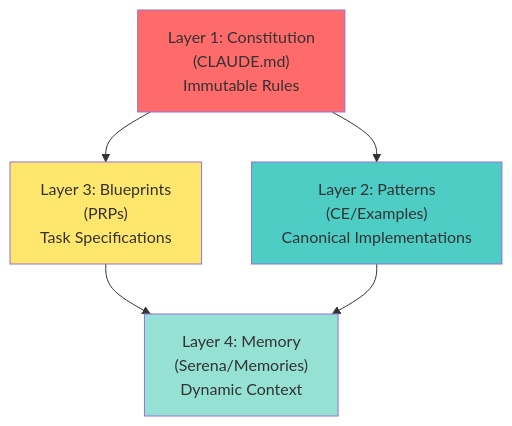
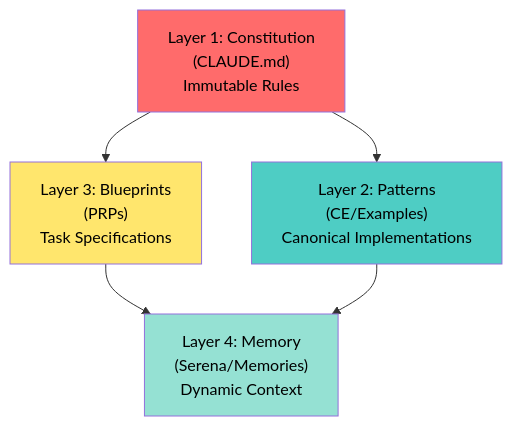
One commit to bprzybys-nc/ctx-eng-plus changed the third of 8 diagrams in docs/02-context-engineering-foundations.md. Above: the diagram before and after it, drawn with Mermaid. The commit also changed other lines of this file and 8 other files, not shown here.

````diff
--- a/docs/02-context-engineering-foundations.md
+++ b/docs/02-context-engineering-foundations.md
@@ -226,12 +238,12 @@
 ```mermaid
 graph TB
     A["Layer 1: Constitution<br/>(CLAUDE.md)<br/>Immutable Rules"] --> B["Layer 2: Patterns<br/>(CE/Examples)<br/>Canonical Implementations"]
     A --> C["Layer 3: Blueprints<br/>(PRPs)<br/>Task Specifications"]
     C --> D["Layer 4: Memory<br/>(Serena/Memories)<br/>Dynamic Context"]
     B --> D
 
-    style A fill:#ff6b6b
-    style B fill:#4ecdc4
-    style C fill:#ffe66d
-    style D fill:#95e1d3
+    style A fill:#ff6b6b,color:#000
+    style B fill:#4ecdc4,color:#000
+    style C fill:#ffe66d,color:#000
+    style D fill:#95e1d3,color:#000
 ```
````
